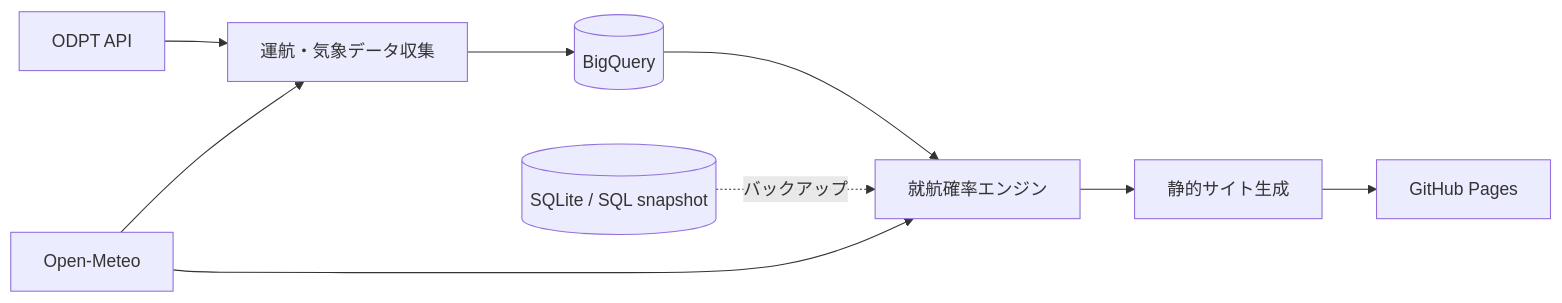
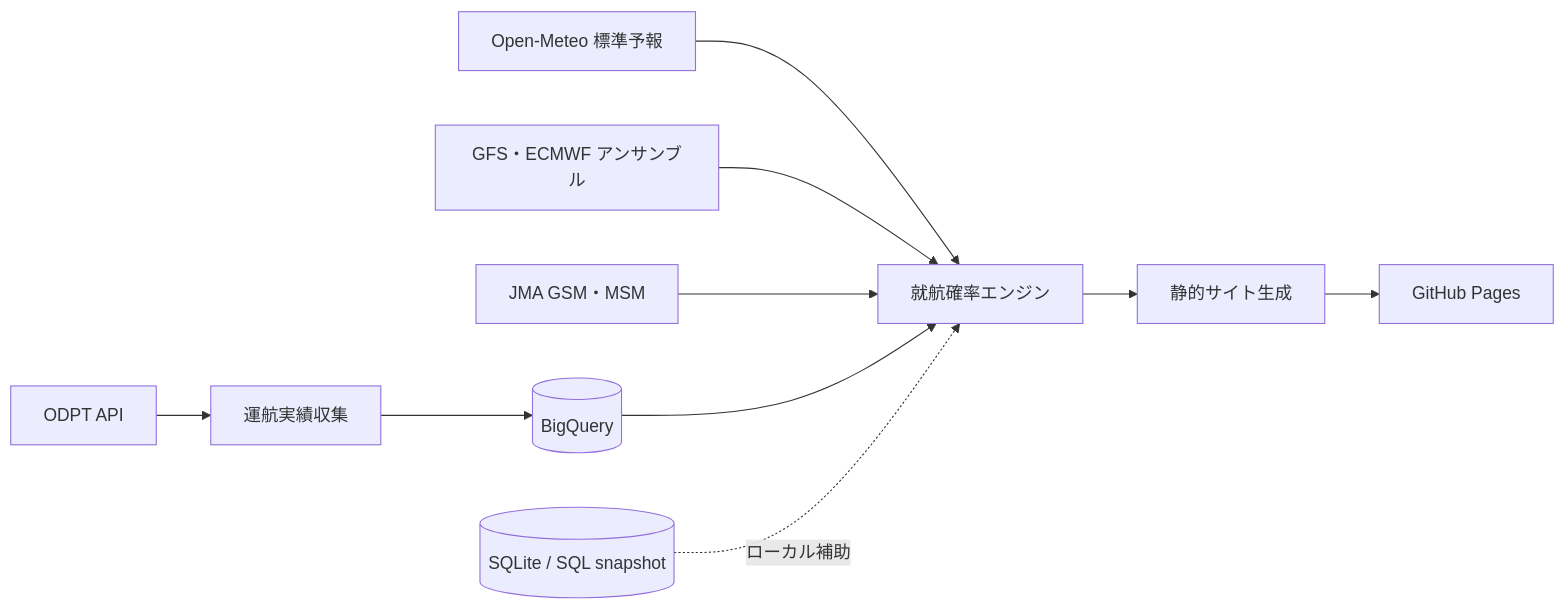
Before and after one commit to toyo1621/8jo-flight-forecast-bot: the diagram in README.md, drawn with Mermaid. The commit also changed other lines of this file and 3 other files, not shown here.

````diff
--- a/README.md
+++ b/README.md
@@ -29,11 +30,12 @@
 ```mermaid
 flowchart LR
-    O[ODPT API] --> C[運航・気象データ収集]
-    M[Open-Meteo] --> C
+    O[ODPT API] --> C[運航実績収集]
+    M[Open-Meteo 標準予報] --> P[就航確率エンジン]
+    E[GFS・ECMWF アンサンブル] --> P
+    J[JMA GSM・MSM] --> P
     C --> Q[(BigQuery)]
-    Q --> P[就航確率エンジン]
-    S[(SQLite / SQL snapshot)] -. バックアップ .-> P
-    M --> P
+    Q --> P
+    S[(SQLite / SQL snapshot)] -. ローカル補助 .-> P
     P --> B[静的サイト生成]
     B --> G[GitHub Pages]
 ```
````
